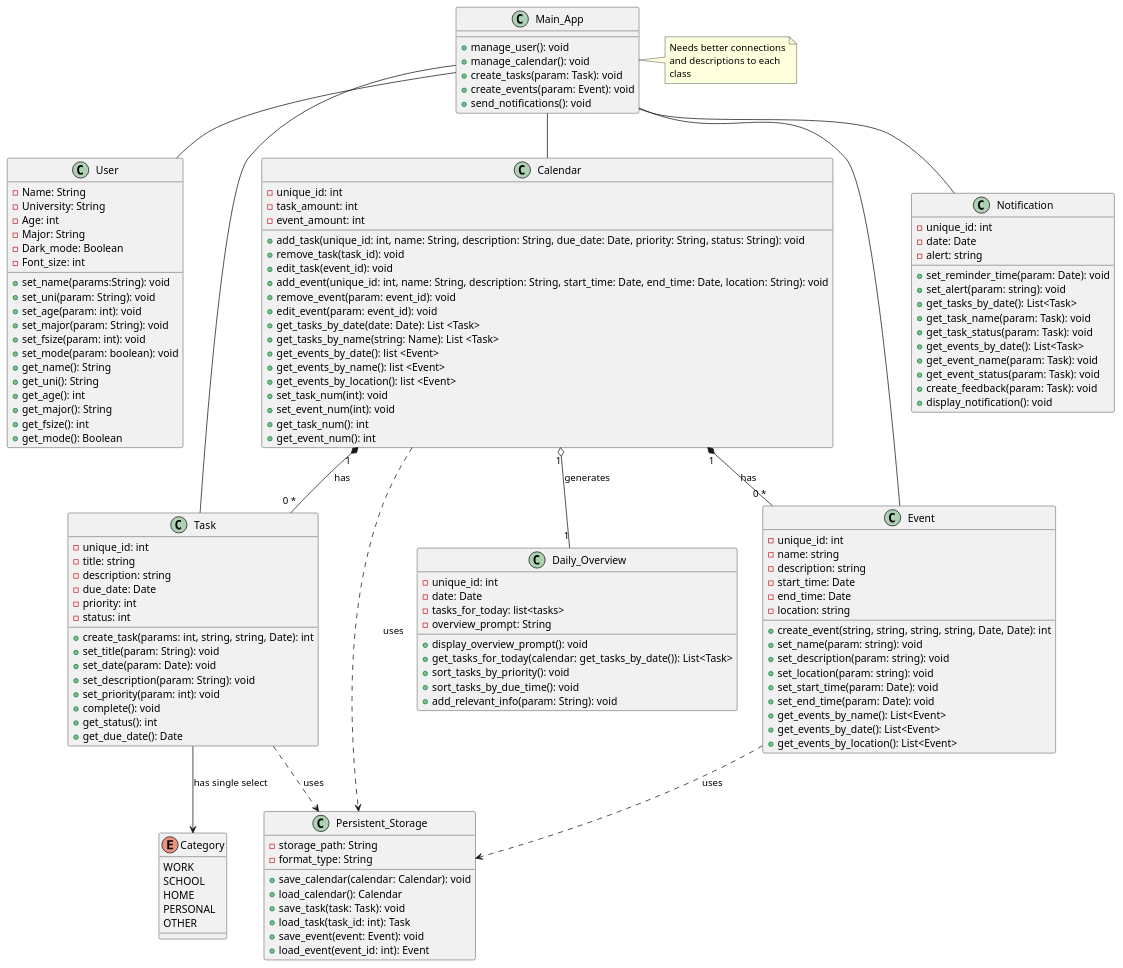
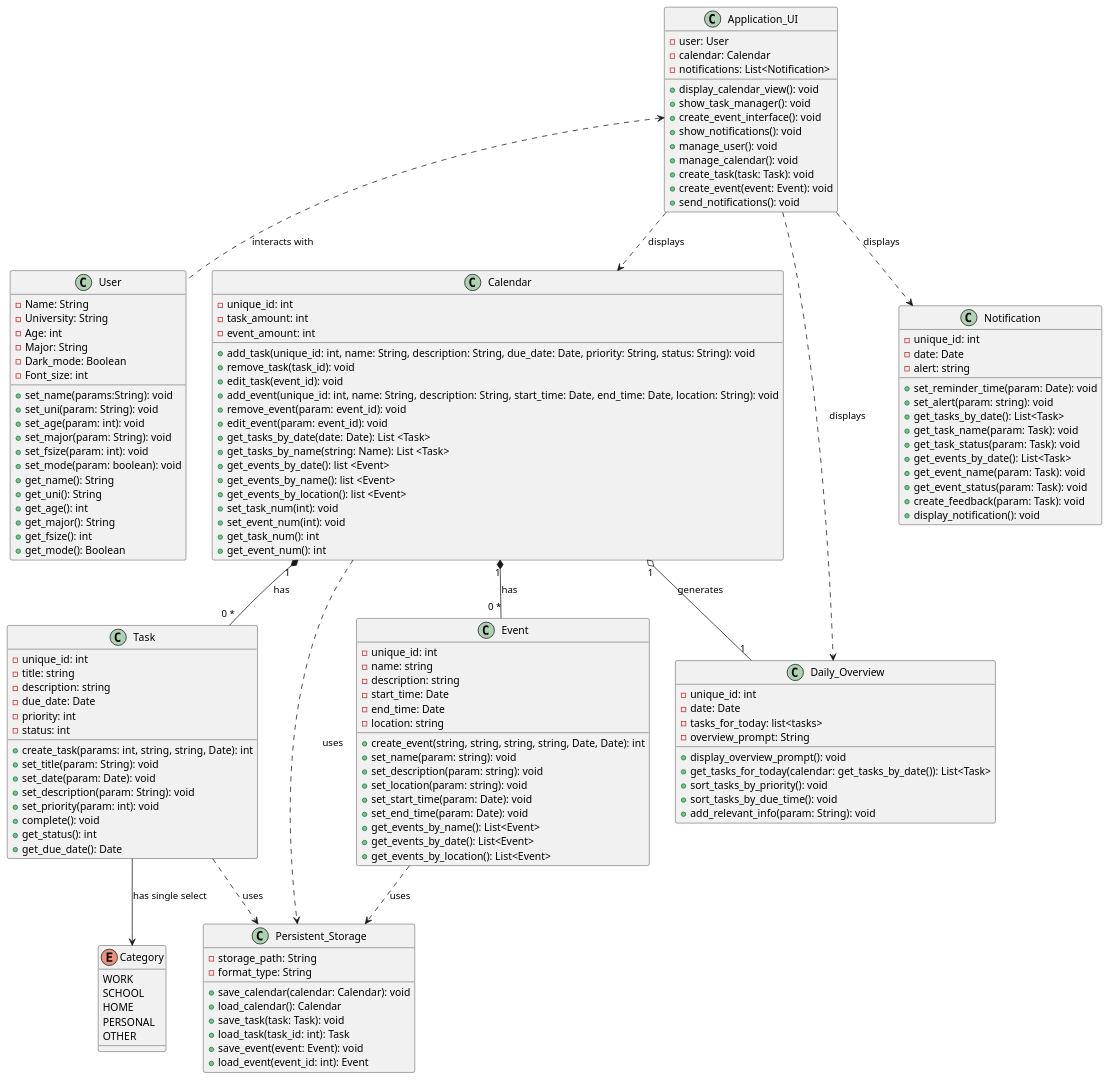
Before and after one commit to CS361-2024Fall-Term/Innovators: the diagram in assignment6/Diagram.puml, drawn with PlantUML.

Commit message:
Updates App_ui relations

```diff
--- a/assignment6/Diagram.puml
+++ b/assignment6/Diagram.puml
@@ -1,157 +1,159 @@
 @startuml
 
 class User {
   -Name: String
   -University: String
   -Age: int
   -Major: String
   -Dark_mode: Boolean
   -Font_size: int
   +set_name(params:String): void
   +set_uni(param: String): void
   +set_age(param: int): void
   +set_major(param: String): void
   +set_fsize(param: int): void
   +set_mode(param: boolean): void
   +get_name(): String
   +get_uni(): String
   +get_age(): int
   +get_major(): String
   +get_fsize(): int
   +get_mode(): Boolean
 }
 
 class Calendar {
   -unique_id: int  
   -task_amount: int
   -event_amount: int
   +add_task(unique_id: int, name: String, description: String, due_date: Date, priority: String, status: String): void
   +remove_task(task_id): void
   +edit_task(event_id): void
   +add_event(unique_id: int, name: String, description: String, start_time: Date, end_time: Date, location: String): void
   +remove_event(param: event_id): void
   +edit_event(param: event_id): void
   +get_tasks_by_date(date: Date): List <Task>
   +get_tasks_by_name(string: Name): List <Task>
   +get_events_by_date(): list <Event>
   +get_events_by_name(): list <Event>
   +get_events_by_location(): list <Event>
   +set_task_num(int): void
   +set_event_num(int): void
   +get_task_num(): int
   +get_event_num(): int
 }
 
 class Task {
   -unique_id: int
   -title: string
   -description: string
   -due_date: Date
   -priority: int
   -status: int
   +create_task(params: int, string, string, Date): int
   +set_title(param: String): void
   +set_date(param: Date): void
   +set_description(param: String): void
   +set_priority(param: int): void
   +complete(): void
   +get_status(): int
   +get_due_date(): Date
 }
 
 enum Category {
   WORK
   SCHOOL
   HOME
   PERSONAL
   OTHER
 }
 
 class Notification {
   -unique_id: int  
   -date: Date
   -alert: string
   
   +set_reminder_time(param: Date): void
   +set_alert(param: string): void
   +get_tasks_by_date(): List<Task>
   +get_task_name(param: Task): void
   +get_task_status(param: Task): void
   +get_events_by_date(): List<Task>
   +get_event_name(param: Task): void
   +get_event_status(param: Task): void
   +create_feedback(param: Task): void
   +display_notification(): void
 }
 
 class Event {
   -unique_id: int  
   -name: string
   -description: string
   -start_time: Date
   -end_time: Date
   -location: string
   +create_event(string, string, string, string, Date, Date): int
   +set_name(param: string): void
   +set_description(param: string): void
   +set_location(param: string): void
   +set_start_time(param: Date): void
   +set_end_time(param: Date): void
   +get_events_by_name(): List<Event>
   +get_events_by_date(): List<Event>
   +get_events_by_location(): List<Event>
 }
 
 class Daily_Overview {
     -unique_id: int
     -date: Date
     -tasks_for_today: list<tasks>
     -overview_prompt: String
 
     +display_overview_prompt(): void
     +get_tasks_for_today(calendar: get_tasks_by_date()): List<Task>
     +sort_tasks_by_priority(): void
     +sort_tasks_by_due_time(): void
     +add_relevant_info(param: String): void
 }
 
-class Main_App {
+class Application_UI {
+  -user: User
+  -calendar: Calendar
+  -notifications: List<Notification>
+  +display_calendar_view(): void
+  +show_task_manager(): void
+  +create_event_interface(): void
+  +show_notifications(): void
   +manage_user(): void
   +manage_calendar(): void
-  +create_tasks(param: Task): void
-  +create_events(param: Event): void
+  +create_task(task: Task): void
+  +create_event(event: Event): void
   +send_notifications(): void
 }
-
-note right of Main_App
-  Needs better connections
-  and descriptions to each
-  class
-end note
 
 class Persistent_Storage {
   -storage_path: String
   -format_type: String
   +save_calendar(calendar: Calendar): void
   +load_calendar(): Calendar
   +save_task(task: Task): void
   +load_task(task_id: int): Task
   +save_event(event: Event): void
   +load_event(event_id: int): Event
 }
 
-Main_App -- User
-Main_App -- Calendar
-Main_App -- Task
-Main_App -- Event
-Main_App -- Notification
+Application_UI ..> Calendar : "displays"
+Application_UI ..> Notification : "displays"
+Application_UI ..> Daily_Overview : "displays"
+Application_UI <.. User : "interacts with"
 
 Calendar "1" *-- "0 *" Task : "has"
 Calendar "1" *-- "0 *" Event : "has"
 Calendar "1" o-- "1" Daily_Overview : "generates"
+Calendar ..> Persistent_Storage : "uses"
+
 Task --> Category : "has single select"
-Calendar ..> Persistent_Storage : "uses"
 Task ..> Persistent_Storage : "uses"
+
 Event ..> Persistent_Storage : "uses"
 
 @enduml
```
